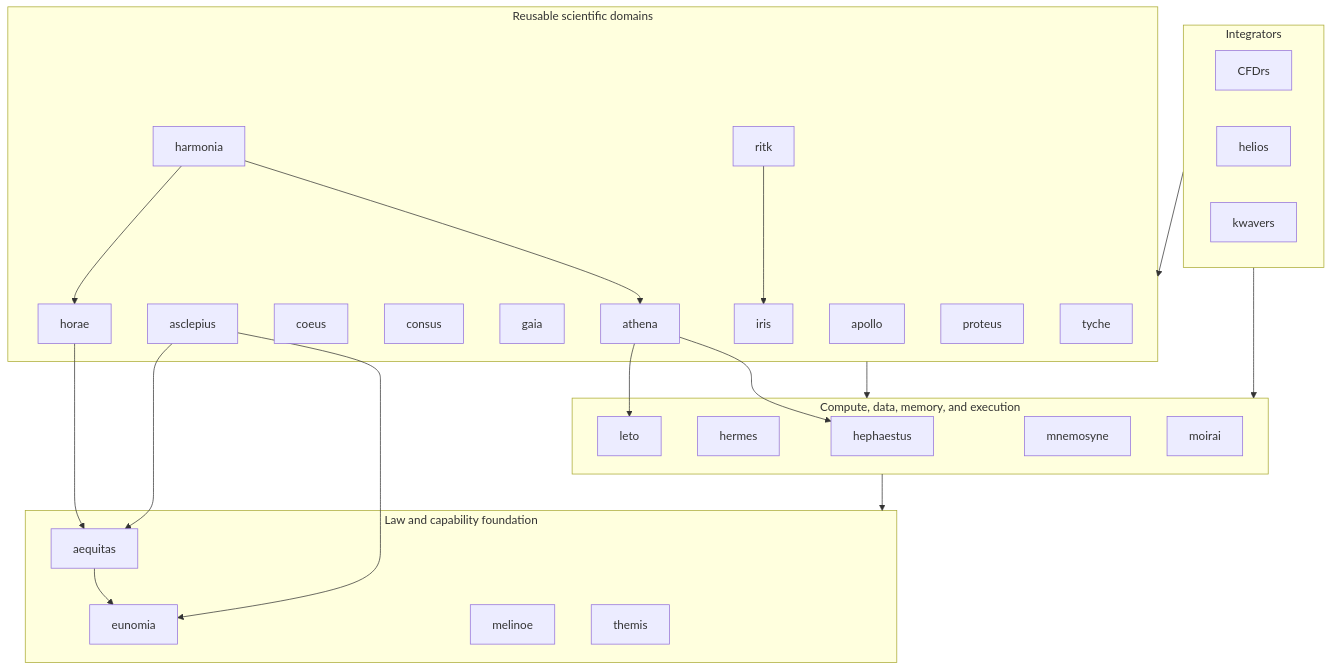
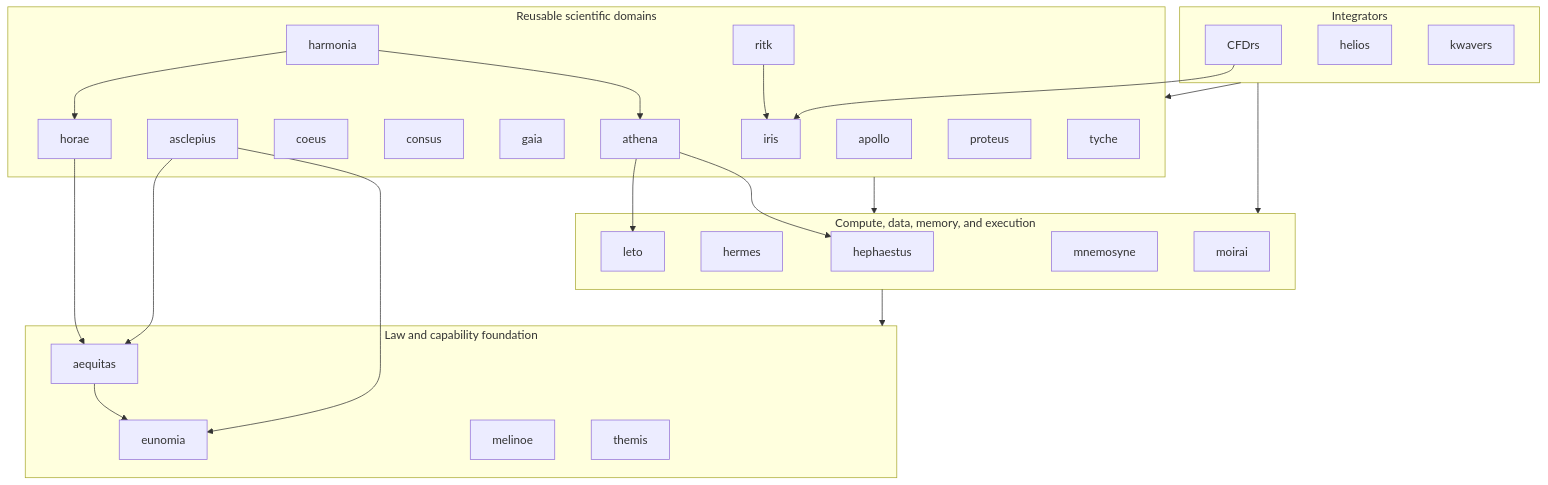
One commit to ryancinsight/atlas changed the diagram in README.md. Above: the diagram before and after it, drawn with Mermaid. The commit also changed other lines of this file and 6 other files, not shown here.

First line of the commit message:
build(atlas): Integrate Iris CFDrs colors

````diff
--- a/README.md
+++ b/README.md
@@ -79,52 +79,53 @@
 ```mermaid
 flowchart TB
     subgraph Integrators
         CFDrs
         helios
         kwavers
     end
 
     subgraph Domains["Reusable scientific domains"]
         apollo
         asclepius
         coeus
         consus
         gaia
         harmonia
         horae
         iris
         athena
         proteus
         ritk
         tyche
     end
 
     subgraph Compute["Compute, data, memory, and execution"]
         hephaestus
         hermes
         leto
         mnemosyne
         moirai
     end
 
     subgraph Foundation["Law and capability foundation"]
         aequitas
         eunomia
         melinoe
         themis
     end
 
     Integrators --> Domains
     Integrators --> Compute
     Domains --> Compute
     Compute --> Foundation
     aequitas --> eunomia
     horae --> aequitas
     athena --> leto
     athena --> hephaestus
     harmonia --> horae
     harmonia --> athena
     asclepius --> aequitas
     asclepius --> eunomia
     ritk --> iris
+    CFDrs --> iris
 ```
````
